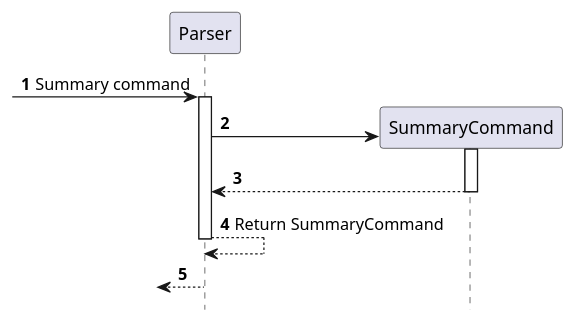
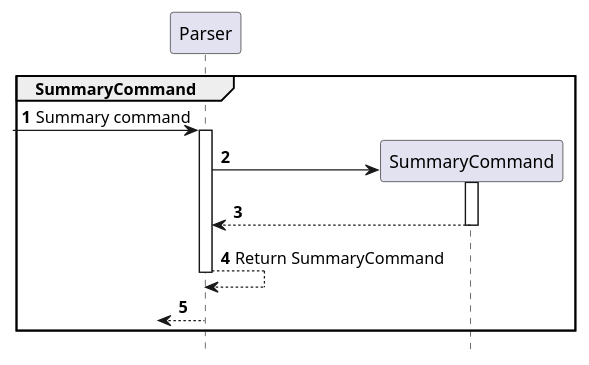
Before and after one commit to nus-cs2113-AY2122S2/tp: the diagram in docs/sequenceDiagrams/SummaryCommand.puml, drawn with PlantUML. The commit also changed 17 other files, not shown here.

Commit message:
add sequnce diagram to DG

```diff
--- a/docs/sequenceDiagrams/SummaryCommand.puml
+++ b/docs/sequenceDiagrams/SummaryCommand.puml
@@ -1,19 +1,21 @@
 @startuml
 'https://plantuml.com/sequence-diagram
 
 hide footbox
 autonumber
-
+group SummaryCommand
 ?-> Parser: Summary command
 Activate Parser
 
 Parser -> SummaryCommand **
 Activate SummaryCommand
 Parser <-- SummaryCommand
 Deactivate SummaryCommand
 
 Parser --> Parser: Return SummaryCommand
 Deactivate Parser
 ?<-- Parser
 Deactivate Parser
+
+end
 @enduml
```
